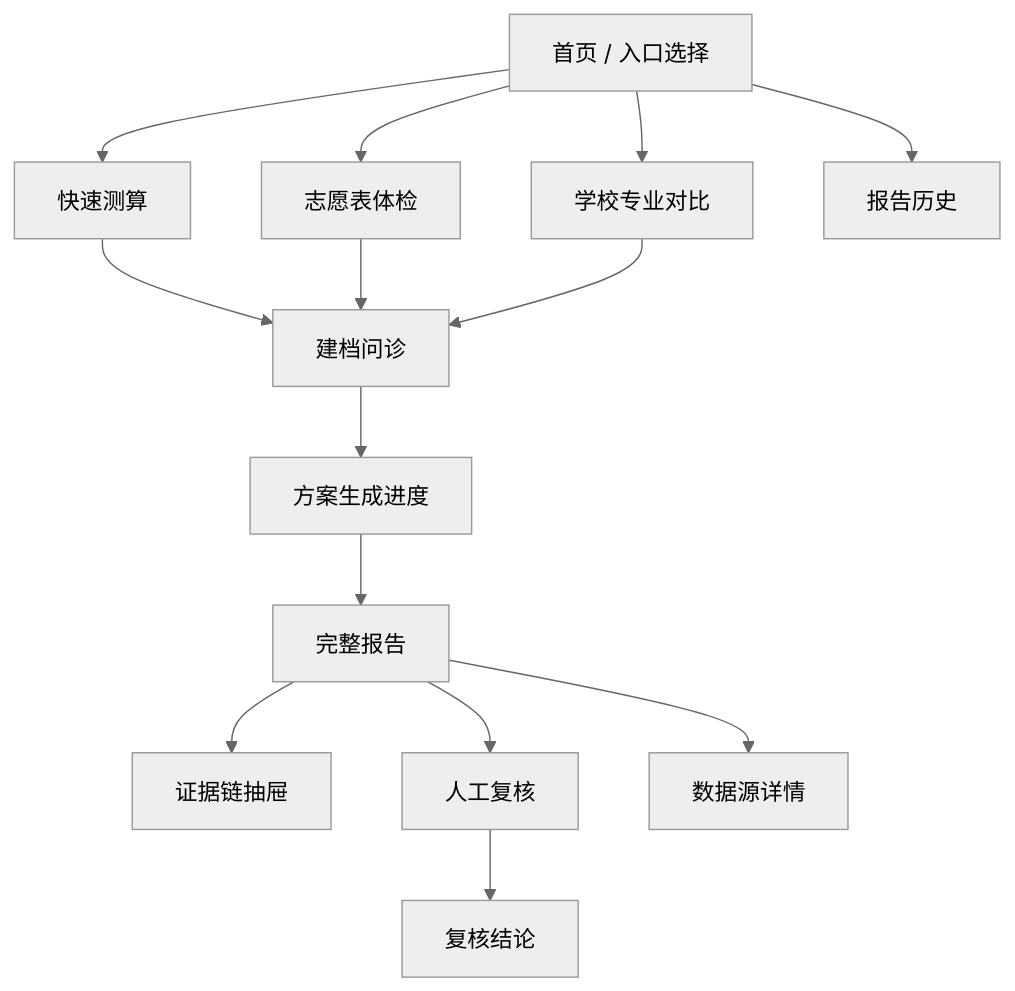
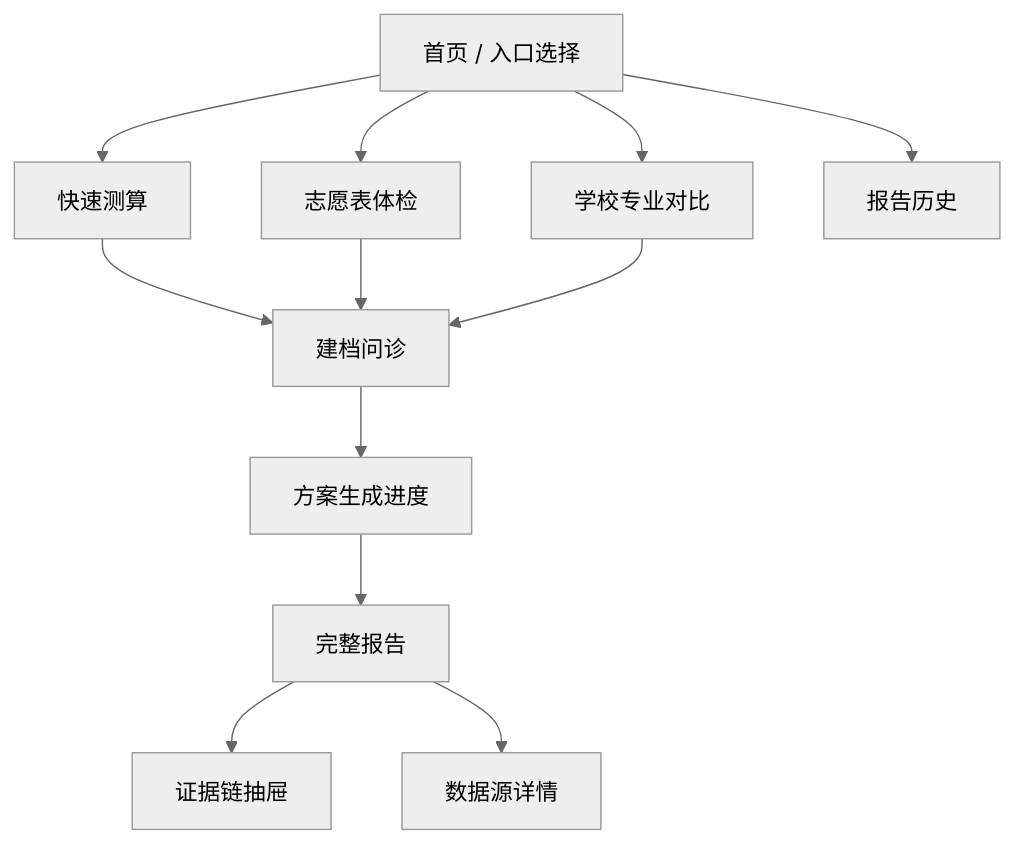
Before and after one commit to debugzhao/jin-guide: the first of 5 diagrams in docs/frontend-prd.md, drawn with Mermaid (neutral theme). The commit also changed other lines of this file and 2 other files, not shown here.

````diff
--- a/docs/frontend-prd.md
+++ b/docs/frontend-prd.md
@@ -162,16 +173,14 @@
 ```mermaid
 flowchart TD
   A["首页 / 入口选择"] --> B["快速测算"]
   A --> C["志愿表体检"]
   A --> D["学校专业对比"]
   A --> H["报告历史"]
   B --> E["建档问诊"]
   C --> E
   D --> E
   E --> F["方案生成进度"]
   F --> G["完整报告"]
   G --> G1["证据链抽屉"]
-  G --> G3["人工复核"]
-  G3 --> G4["复核结论"]
   G --> G5["数据源详情"]
 ```
````
